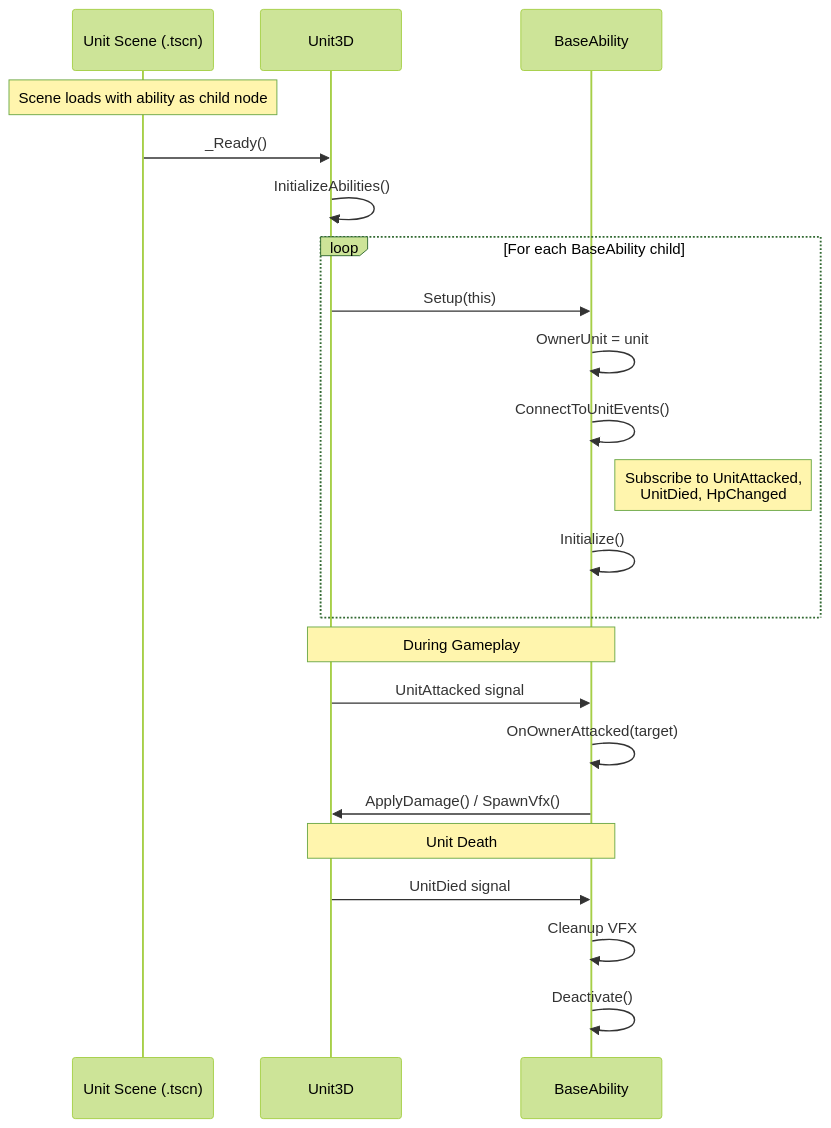
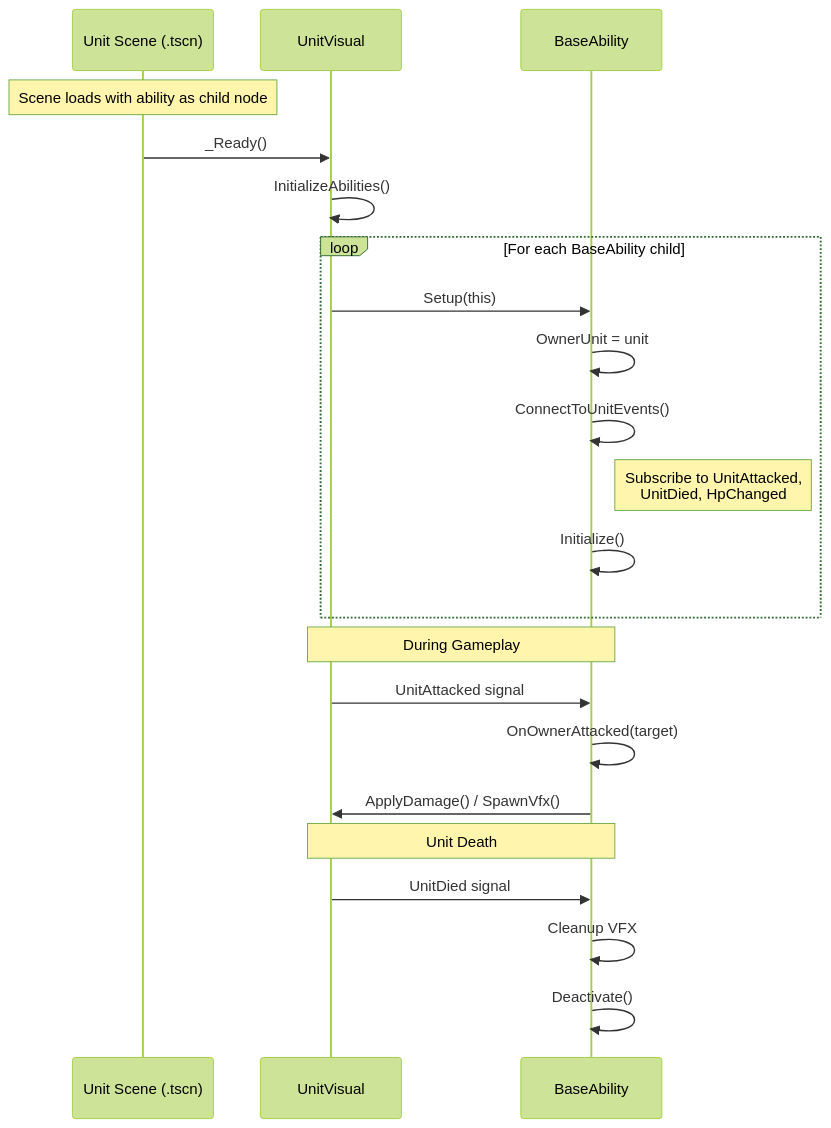
The second of 3 diagrams in docs/technical/ability-system.md (amari-charles/project-summoner), drawn with Mermaid (forest theme) before and after one commit. The commit also changed other lines of this file and 18 other files, not shown here.

````diff
--- a/docs/technical/ability-system.md
+++ b/docs/technical/ability-system.md
@@ -137,31 +137,31 @@
 ```mermaid
 sequenceDiagram
     participant Scene as Unit Scene (.tscn)
-    participant Unit as Unit3D
+    participant Unit as UnitVisual
     participant Ability as BaseAbility
 
     Note over Scene: Scene loads with ability as child node
 
     Scene->>Unit: _Ready()
     Unit->>Unit: InitializeAbilities()
 
     loop For each BaseAbility child
         Unit->>Ability: Setup(this)
         Ability->>Ability: OwnerUnit = unit
         Ability->>Ability: ConnectToUnitEvents()
         Note right of Ability: Subscribe to UnitAttacked,<br/>UnitDied, HpChanged
         Ability->>Ability: Initialize()
     end
 
     Note over Unit,Ability: During Gameplay
 
     Unit->>Ability: UnitAttacked signal
     Ability->>Ability: OnOwnerAttacked(target)
     Ability->>Unit: ApplyDamage() / SpawnVfx()
 
     Note over Unit,Ability: Unit Death
 
     Unit->>Ability: UnitDied signal
     Ability->>Ability: Cleanup VFX
     Ability->>Ability: Deactivate()
 ```
````
